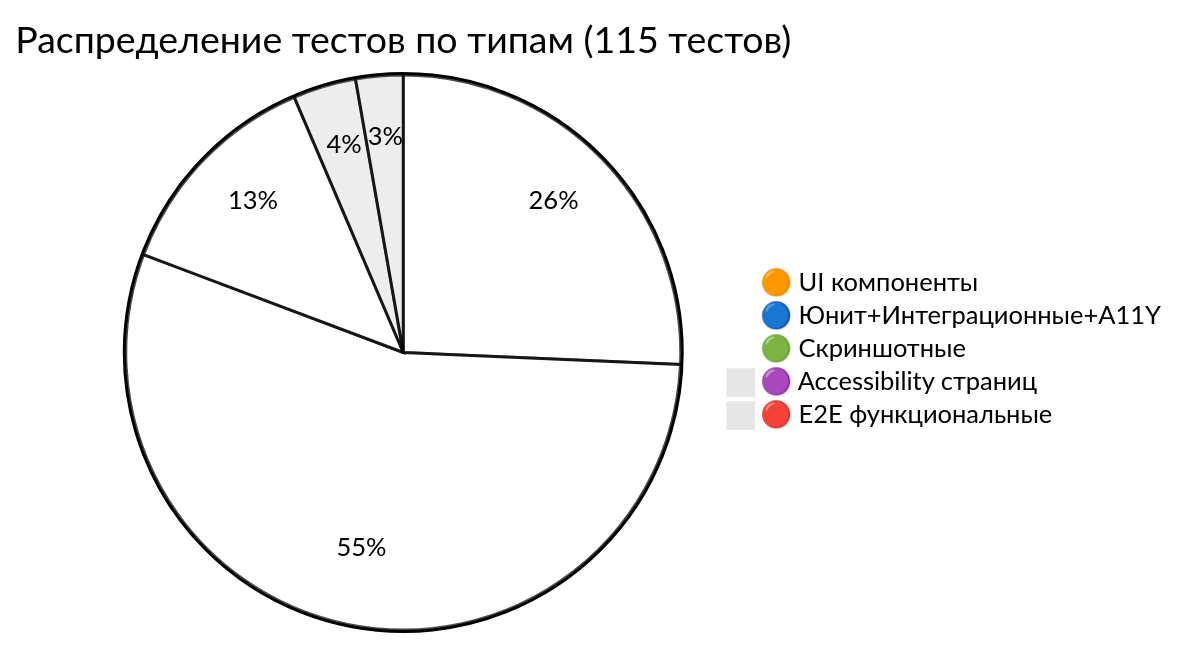
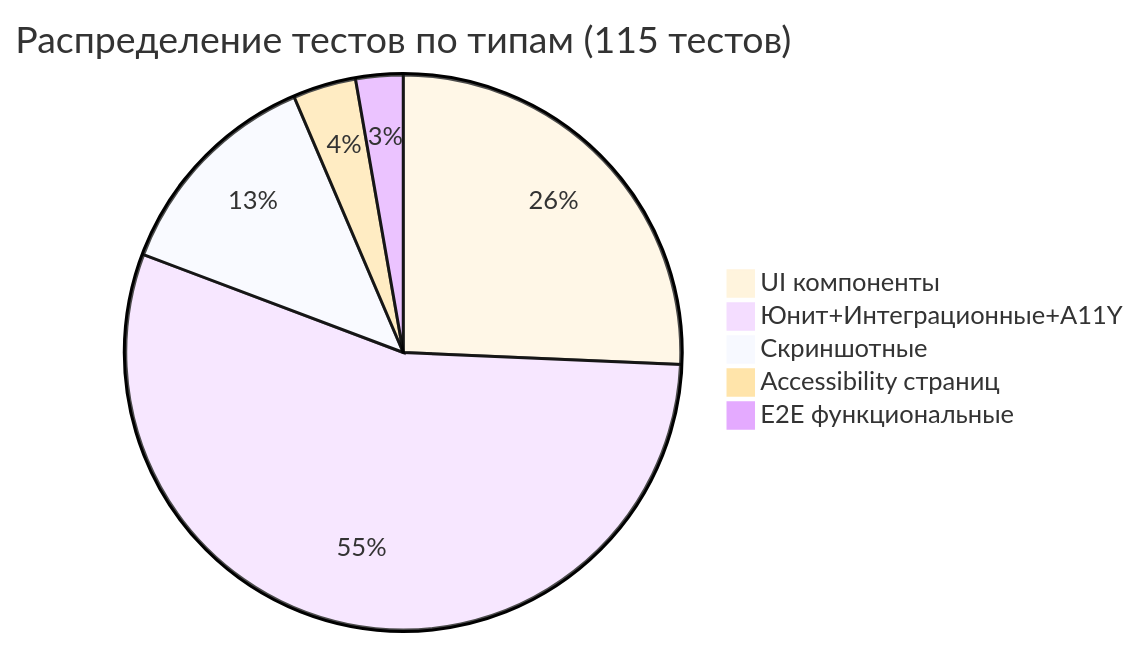
Before and after one commit to etozhenerk/shri-2025: the fifth of 5 diagrams in docs/presentation.md, drawn with Mermaid. The commit also changed other lines of this file, not shown here.

````diff
--- a/docs/presentation.md
+++ b/docs/presentation.md
@@ -1115,9 +1095,9 @@
 ```mermaid
-%%{init: {'theme':'base', 'themeVariables': { 'fontSize': '18px', 'fontFamily': 'Arial', 'primaryColor': '#ffffff', 'primaryTextColor': '#000000'}}}%%
+%%{init: {'theme':'base', 'themeVariables': { 'fontSize': '18px', 'fontFamily': 'Arial'}}}%%
 pie title Распределение тестов по типам (115 тестов)
-    "🟠 UI компоненты" : 28
-    "🔵 Юнит+Интеграционные+A11Y" : 60
-    "🟢 Скриншотные" : 14
-    "🟣 Accessibility страниц" : 4
-    "🔴 E2E функциональные" : 3
+    "UI компоненты" : 28
+    "Юнит+Интеграционные+A11Y" : 60
+    "Скриншотные" : 14
+    "Accessibility страниц" : 4
+    "E2E функциональные" : 3
 ```
````
